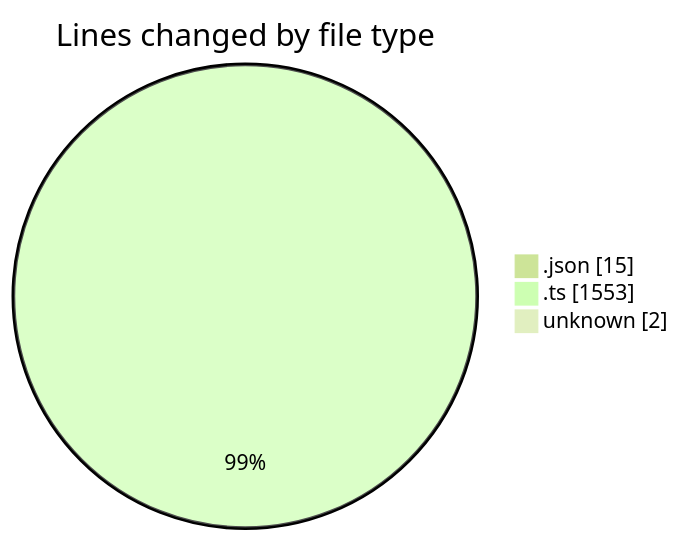
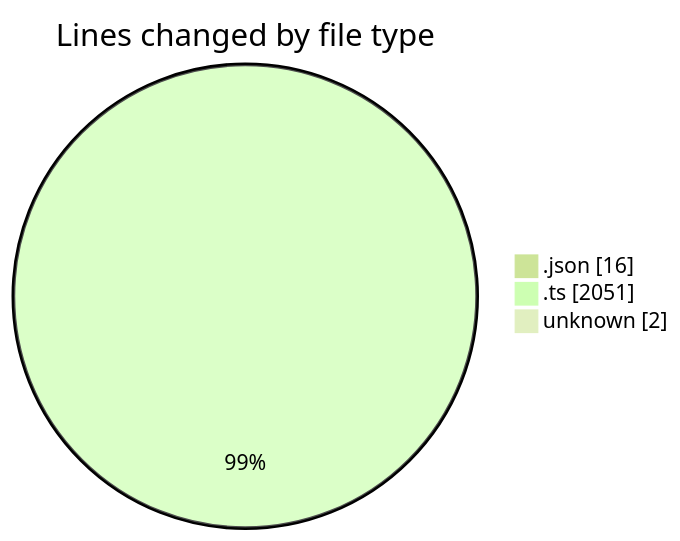
Before and after one commit to tmsrecording-cyber/code-tracking: the first of 2 diagrams in 2026-02-01/singularitybrainai/README.md, drawn with Mermaid (forest theme). The commit also changed other lines of this file and 1 other file, not shown here.

````diff
--- a/2026-02-01/singularitybrainai/README.md
+++ b/2026-02-01/singularitybrainai/README.md
@@ -23,7 +24,7 @@
 ```mermaid
 pie showData
 title Lines changed by file type
-".json" : 15
-".ts" : 1553
+".json" : 16
+".ts" : 2051
 "unknown" : 2
 ```
````
